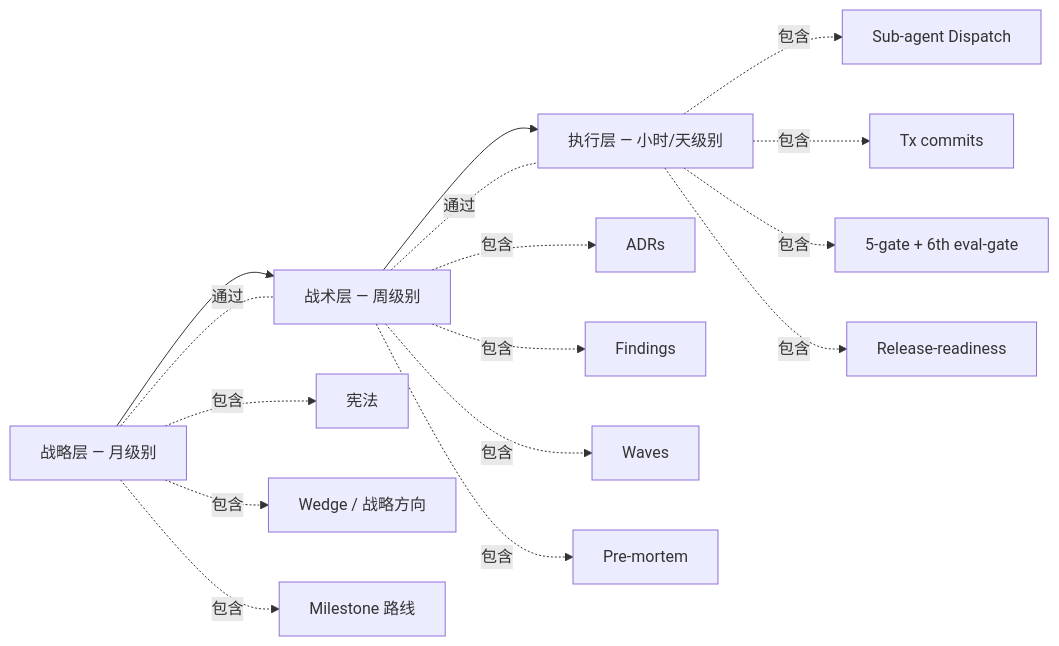
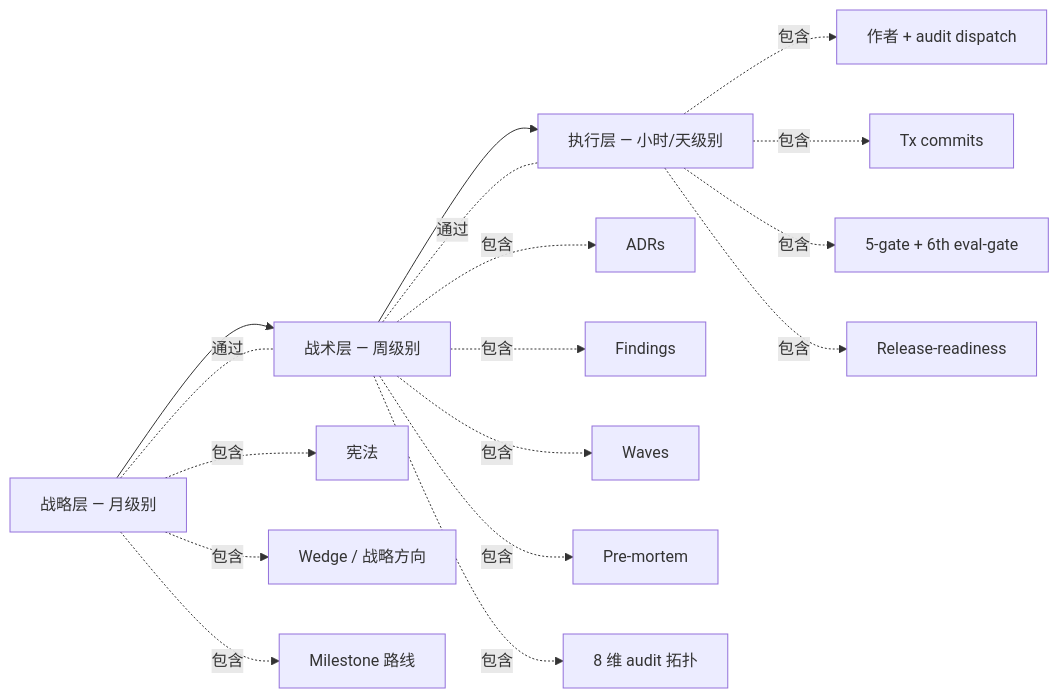
One commit to Cobrust-lang/agent-driven-development changed the sixth of 10 diagrams in docs/human/zh/concept-map.md. Above: the diagram before and after it, drawn with Mermaid. The commit also changed other lines of this file and 7 other files, not shown here.

````diff
--- a/docs/human/zh/concept-map.md
+++ b/docs/human/zh/concept-map.md
@@ -40,11 +219,11 @@
 ```mermaid
 flowchart LR
     Strategy[战略层 — 月级别] --> Tactical[战术层 — 周级别]
     Tactical --> Execution[执行层 — 小时/天级别]
 
     Strategy -.包含.-> Constitution[宪法] & Wedge[Wedge / 战略方向] & Roadmap[Milestone 路线]
-    Tactical -.包含.-> ADRs[ADRs] & Findings[Findings] & Waves[Waves] & PreMortem[Pre-mortem]
-    Execution -.包含.-> Dispatch[Sub-agent Dispatch] & Tx[Tx commits] & Gates[5-gate + 6th eval-gate] & Release[Release-readiness]
+    Tactical -.包含.-> ADRs[ADRs] & Findings[Findings] & Waves[Waves] & PreMortem[Pre-mortem] & Audit[8 维 audit 拓扑]
+    Execution -.包含.-> Dispatch[作者 + audit dispatch] & Tx[Tx commits] & Gates[5-gate + 6th eval-gate] & Release[Release-readiness]
 
     Strategy -.通过.- Tactical -.通过.- Execution
 ```
````
